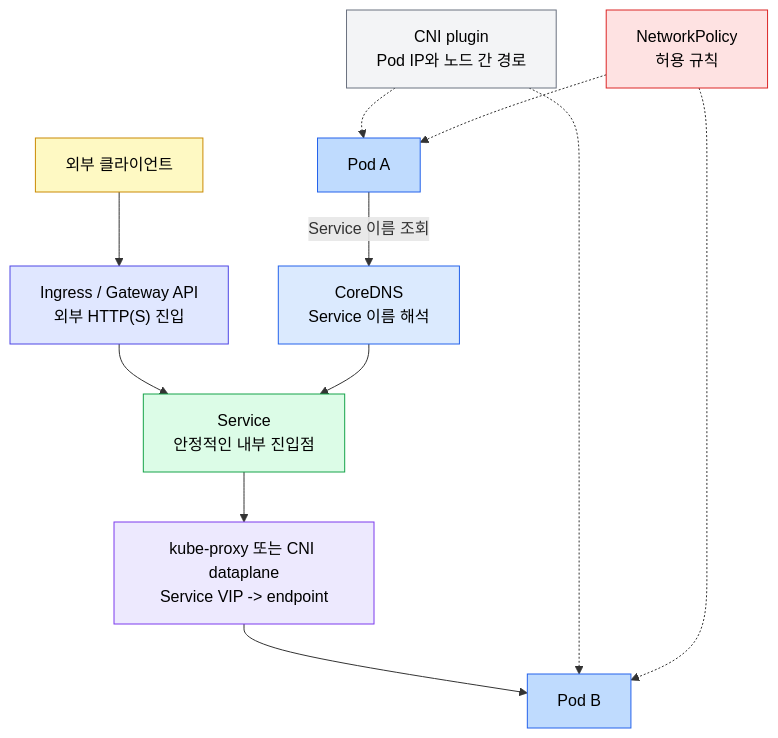
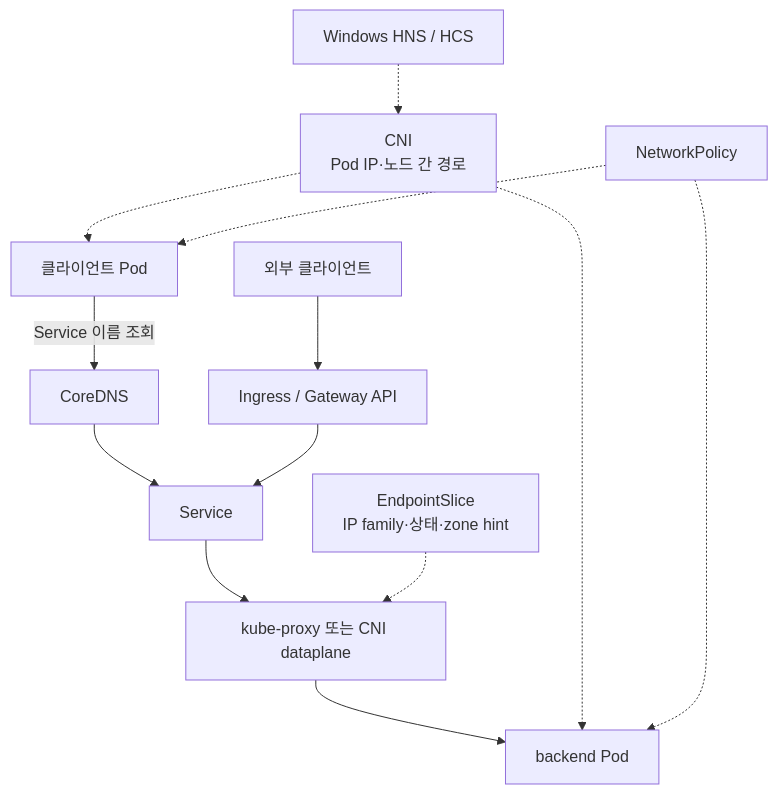
The first of 2 diagrams in write/08_cloud/kubernetes/04_networking/04-01.네트워킹.md (scofe97/StduyWrite), drawn with Mermaid before and after one commit. The commit also changed other lines of this file and 142 other files, not shown here.

````diff
--- a/write/08_cloud/kubernetes/04_networking/04-01.네트워킹.md
+++ b/write/08_cloud/kubernetes/04_networking/04-01.네트워킹.md
@@ -68,33 +68,15 @@
 ```mermaid
-graph TB
-    EXT["외부 클라이언트"]
-    GW["Ingress / Gateway API<br/>외부 HTTP(S) 진입"]
-    SVC["Service<br/>안정적인 내부 진입점"]
-    DNS["CoreDNS<br/>Service 이름 해석"]
-    DP["kube-proxy 또는 CNI dataplane<br/>Service VIP -> endpoint"]
-    CNI["CNI plugin<br/>Pod IP와 노드 간 경로"]
-    NP["NetworkPolicy<br/>허용 규칙"]
-    PODA["Pod A"]
-    PODB["Pod B"]
-
-    EXT --> GW
-    GW --> SVC
-    PODA -->|"Service 이름 조회"| DNS
-    DNS --> SVC
-    SVC --> DP
-    DP --> PODB
-    CNI -.-> PODA
-    CNI -.-> PODB
-    NP -.-> PODA
-    NP -.-> PODB
-
-    style EXT fill:#fef9c3,stroke:#ca8a04,color:#000
-    style GW fill:#e0e7ff,stroke:#4f46e5,color:#000
-    style SVC fill:#dcfce7,stroke:#16a34a,color:#000
-    style DNS fill:#dbeafe,stroke:#2563eb,color:#000
-    style DP fill:#ede9fe,stroke:#7c3aed,color:#000
-    style CNI fill:#f3f4f6,stroke:#6b7280,color:#000
-    style NP fill:#fee2e2,stroke:#dc2626,color:#000
-    style PODA fill:#bfdbfe,stroke:#2563eb,color:#000
-    style PODB fill:#bfdbfe,stroke:#2563eb,color:#000
+flowchart TB
+    EXT["외부 클라이언트"] --> ENTRY["Ingress / Gateway API"]
+    CLIENT["클라이언트 Pod"] -->|"Service 이름 조회"| DNS["CoreDNS"]
+    DNS --> SVC["Service"]
+    ENTRY --> SVC
+    SVC --> DP["kube-proxy 또는 CNI dataplane"]
+    SLICE["EndpointSlice<br>IP family·상태·zone hint"] -.-> DP
+    DP --> BACKEND["backend Pod"]
+    CNI["CNI<br>Pod IP·노드 간 경로"] -.-> CLIENT
+    CNI -.-> BACKEND
+    POLICY["NetworkPolicy"] -.-> CLIENT
+    POLICY -.-> BACKEND
+    WIN["Windows HNS / HCS"] -.-> CNI
 ```
````
